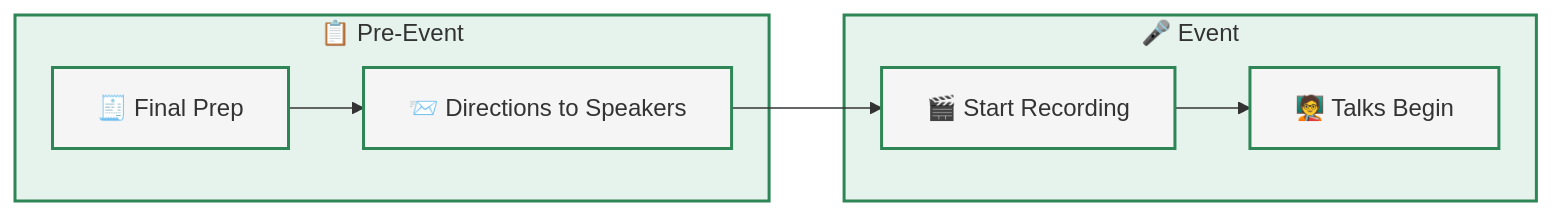
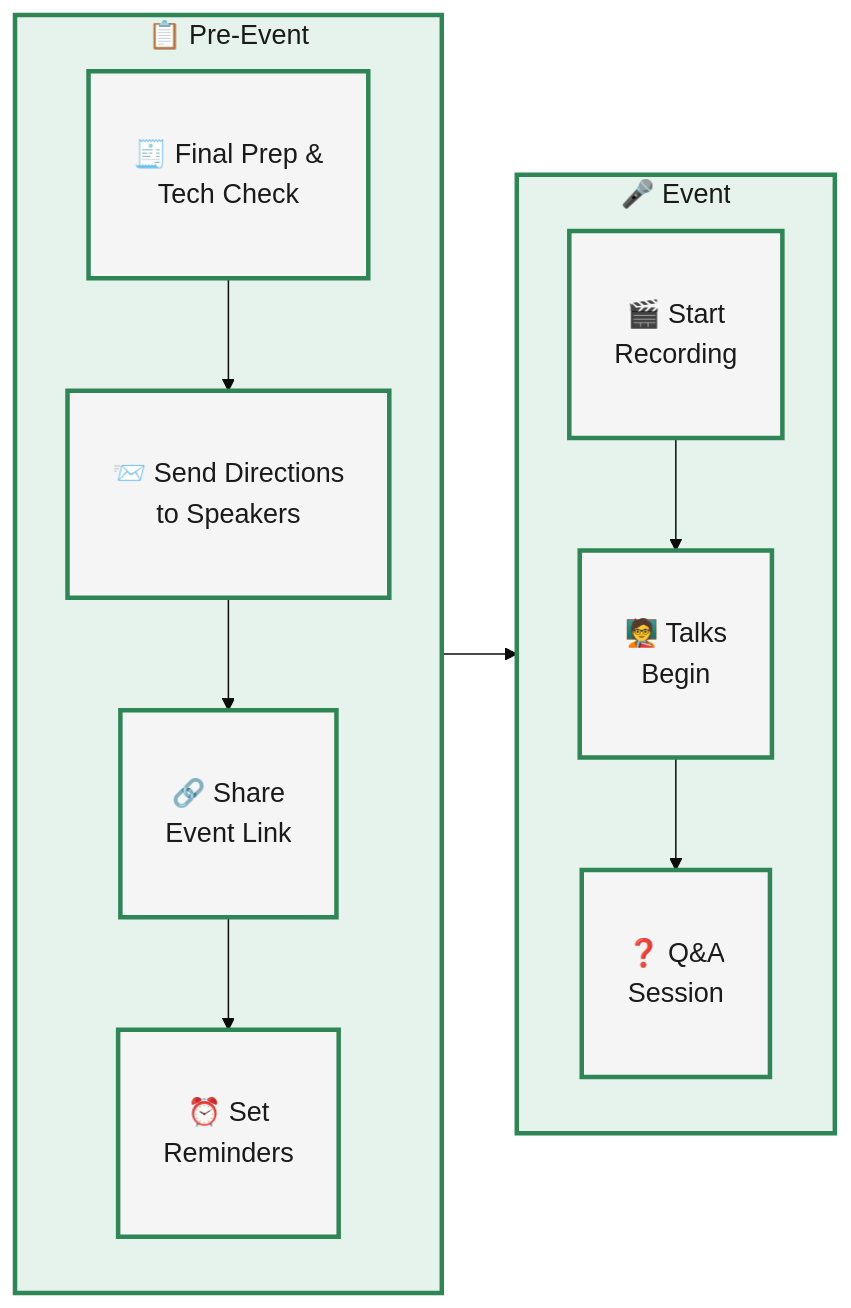
One commit to CBID2/VC-Community-Docs changed the fourth of 5 diagrams in docs/lightning-talks/processes/project-workflow.md. Above: the diagram before and after it, drawn with Mermaid. The commit also changed other lines of this file and 2 other files, not shown here.

First line of the commit message:
docs: add enhanced Mermaid diagrams to documentation

````diff
--- a/docs/lightning-talks/processes/project-workflow.md
+++ b/docs/lightning-talks/processes/project-workflow.md
@@ -128,20 +148,30 @@
 ```mermaid
+%%{init: {'theme':'base', 'themeVariables': {'fontSize':'18px', 'fontFamily':'arial'}}}%%
 flowchart LR
   %% Left Column - Pre-Event
-  subgraph A[📋 Pre-Event]
-    A1[🧾 Final Prep] --> A2[📨 Directions to Speakers]
+  subgraph A["📋 Pre-Event"]
+    direction TB
+    A1["🧾 Final Prep &<br/>Tech Check"]
+    A2["📨 Send Directions<br/>to Speakers"]
+    A3["🔗 Share<br/>Event Link"]
+    A4["⏰ Set<br/>Reminders"]
+    A1 --> A2 --> A3 --> A4
   end
 
   %% Right Column - Event
-  subgraph B[🎤 Event]
-    B1[🎬 Start Recording] --> B2[🧑‍🏫 Talks Begin]
+  subgraph B["🎤 Event"]
+    direction TB
+    B1["🎬 Start<br/>Recording"]
+    B2["🧑‍🏫 Talks<br/>Begin"]
+    B3["❓ Q&A<br/>Session"]
+    B1 --> B2 --> B3
   end
 
   %% Flow between columns
-  A2 --> B1
+  A4 --> B1
 
   %% Styling
-  classDef default fill:#f5f5f5,stroke:#2e8555,stroke-width:2px,color:#333;
-  classDef process fill:#e6f3ed,stroke:#2e8555,stroke-width:2px,color:#333;
+  classDef default fill:#f5f5f5,stroke:#2e8555,stroke-width:3px,color:#1a1a1a,padding:15px;
+  classDef process fill:#e6f3ed,stroke:#2e8555,stroke-width:3px,color:#1a1a1a;
   class A,B process;
 ```
````
